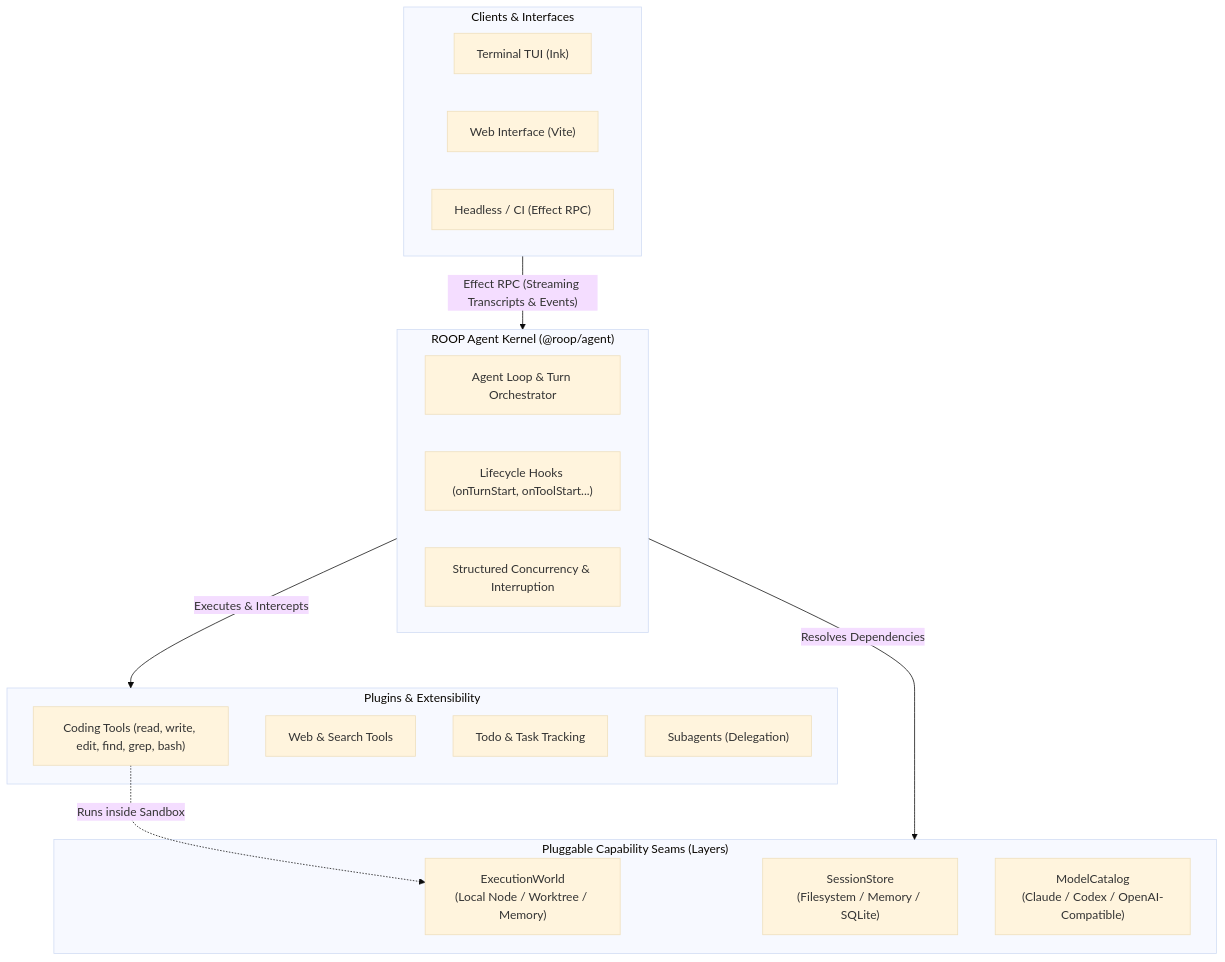
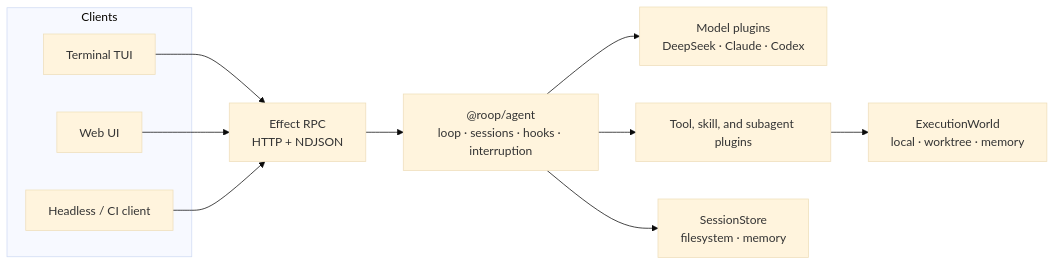
The diagram in README.md (saiashirwad/roop), drawn with Mermaid (base theme) before and after one commit. The commit also changed other lines of this file, not shown here.

````diff
--- a/README.md
+++ b/README.md
@@ -38,32 +106,24 @@
 ```mermaid
-flowchart TD
-    subgraph Clients["Clients & Interfaces"]
-        TUI["Terminal TUI (Ink)"]
-        Web["Web Interface (Vite)"]
-        RPCClient["Headless / CI (Effect RPC)"]
+flowchart LR
+    subgraph Clients["Clients"]
+        TUI["Terminal TUI"]
+        Web["Web UI"]
+        Headless["Headless / CI client"]
     end
 
-    subgraph Kernel["ROOP Agent Kernel (@roop/agent)"]
-        Loop["Agent Loop & Turn Orchestrator"]
-        Hooks["Lifecycle Hooks (onTurnStart, onToolStart...)"]
-        Concurrency["Structured Concurrency & Interruption"]
-    end
+    RPC["Effect RPC<br/>HTTP + NDJSON"]
+    Agent["@roop/agent<br/>loop · sessions · hooks · interruption"]
+    Models["Model plugins<br/>DeepSeek · Claude · Codex"]
+    Extensions["Tool, skill, and subagent plugins"]
+    Store["SessionStore<br/>filesystem · memory"]
+    World["ExecutionWorld<br/>local · worktree · memory"]
 
-    subgraph Plugins["Plugins & Extensibility"]
-        CodingTools["Coding Tools (read, write, edit, find, grep, bash)"]
-        PluginWeb["Web & Search Tools"]
-        PluginTodo["Todo & Task Tracking"]
-        Subagents["Subagents (Delegation)"]
-    end
-
-    subgraph Capabilities["Pluggable Capability Seams (Layers)"]
-        ExecutionWorld["ExecutionWorld<br/>(Local Node / Worktree / Memory)"]
-        SessionStore["SessionStore<br/>(Filesystem / Memory / SQLite)"]
-        ModelCatalog["ModelCatalog<br/>(Claude / Codex / OpenAI-Compatible)"]
-    end
-
-    Clients -->|"Effect RPC (Streaming Transcripts & Events)"| Kernel
-    Kernel -->|"Executes & Intercepts"| Plugins
-    Kernel -->|"Resolves Dependencies"| Capabilities
-    CodingTools -.->|"Runs inside Sandbox"| ExecutionWorld
+    TUI --> RPC
+    Web --> RPC
+    Headless --> RPC
+    RPC --> Agent
+    Agent --> Models
+    Agent --> Extensions
+    Agent --> Store
+    Extensions --> World
 ```
````
